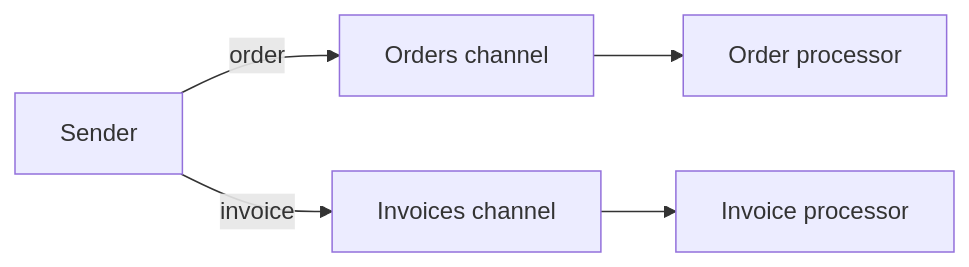
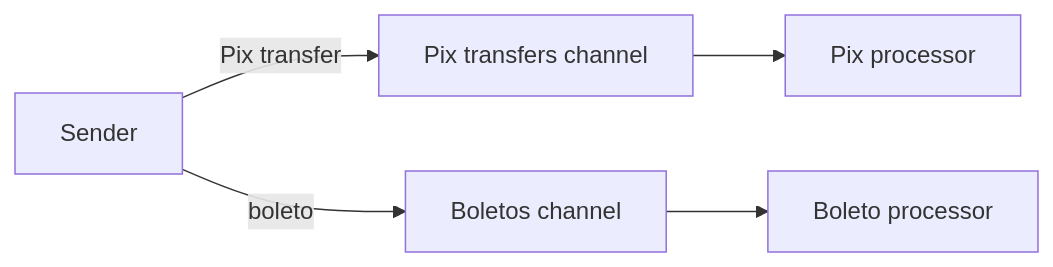
Before and after one commit to alancesar/design-patterns: the diagram in i18n/en/docusaurus-plugin-content-docs/current/architecture/eip/messaging-channels/datatype-channel.md, drawn with Mermaid. The commit also changed other lines of this file and 11 other files, not shown here.

Commit message:
Switch eip concrete diagrams to fintech scenarios

````diff
--- a/i18n/en/docusaurus-plugin-content-docs/current/architecture/eip/messaging-channels/datatype-channel.md
+++ b/i18n/en/docusaurus-plugin-content-docs/current/architecture/eip/messaging-channels/datatype-channel.md
@@ -52,7 +52,7 @@
 ```mermaid
 flowchart LR
-    S["Sender"] -->|"order"| C1["Orders channel"]
-    S -->|"invoice"| C2["Invoices channel"]
-    C1 --> R1["Order processor"]
-    C2 --> R2["Invoice processor"]
+    S["Sender"] -->|"Pix transfer"| C1["Pix transfers channel"]
+    S -->|"boleto"| C2["Boletos channel"]
+    C1 --> R1["Pix processor"]
+    C2 --> R2["Boleto processor"]
 ```
````
